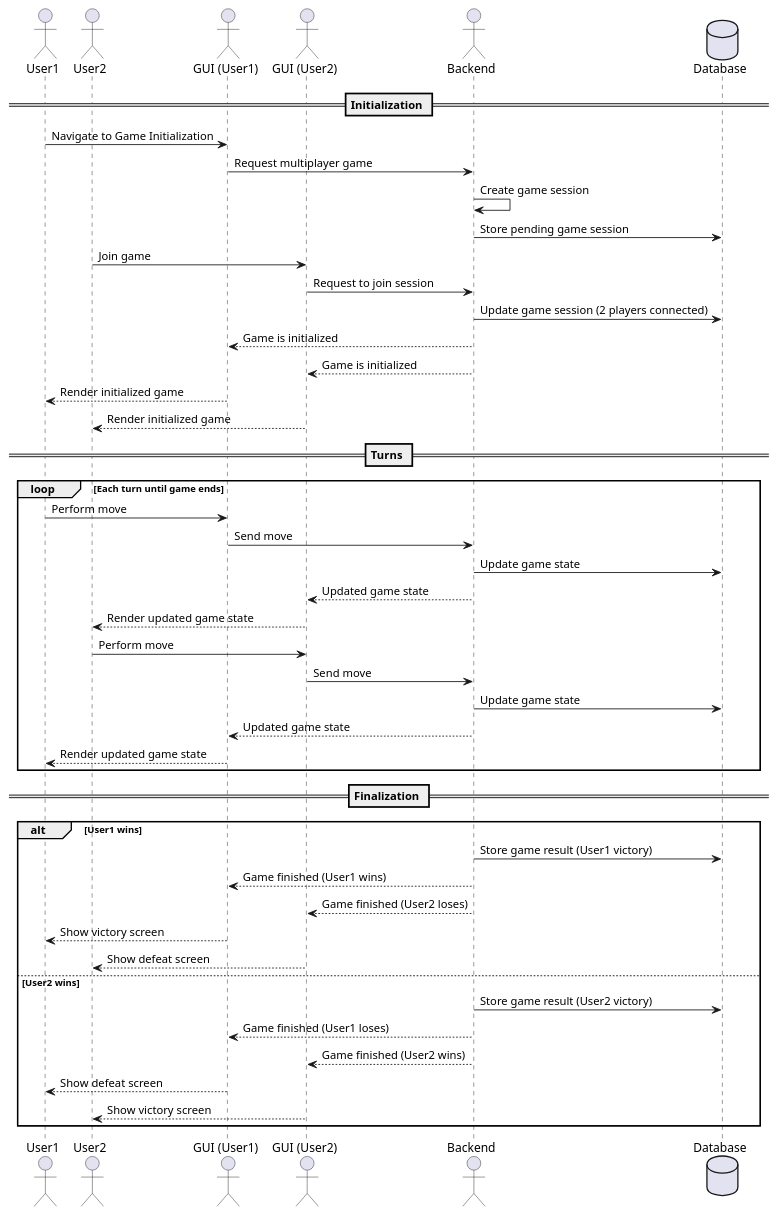
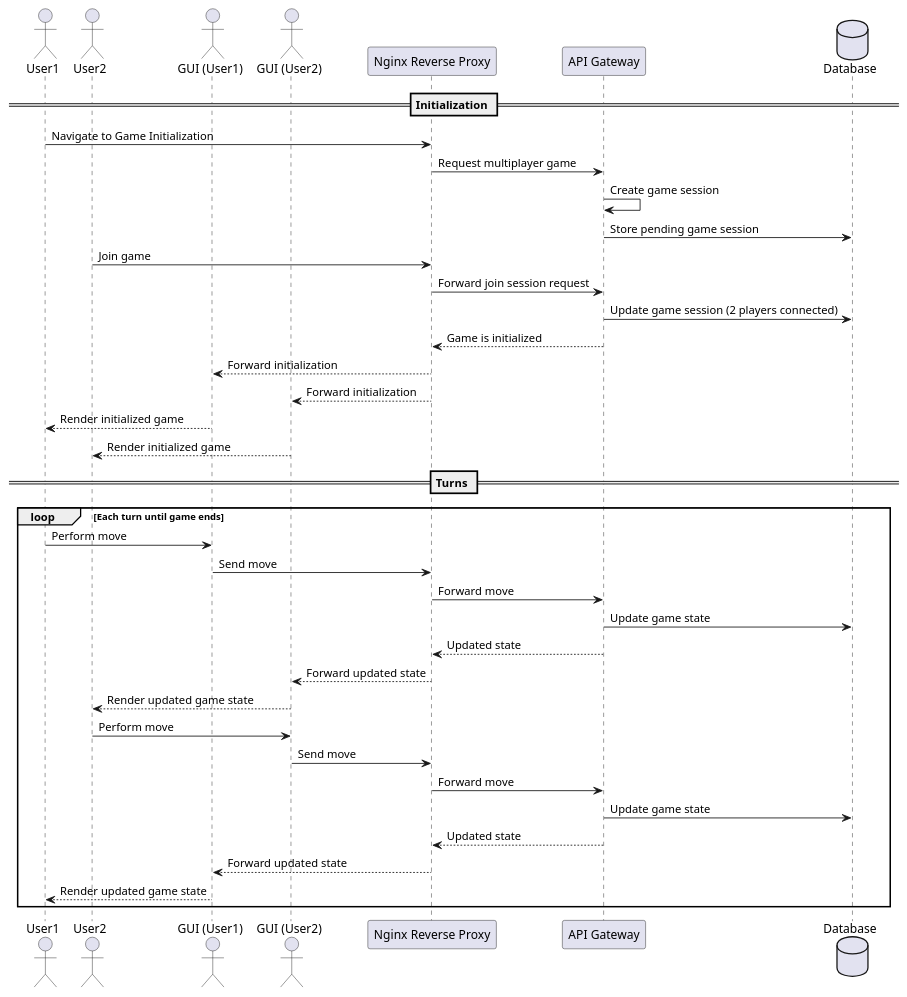
One commit to Arquisoft/yovi_en2c changed the second of 3 diagrams in docs/src/06_runtime_view.adoc. Above: the diagram before and after it, drawn with PlantUML. The commit also changed other lines of this file, not shown here.

```diff
--- a/docs/src/06_runtime_view.adoc
+++ b/docs/src/06_runtime_view.adoc
@@ -79,56 +79,47 @@
-[plantuml,"User VS User Game Diagram",png]
+[plantuml,"User VS User Game Diagram with Proxy",png]
 ----
 actor User1
 actor User2
 actor GUI1 as "GUI (User1)"
 actor GUI2 as "GUI (User2)"
-actor Backend
+participant "Nginx Reverse Proxy" as Proxy
+participant "API Gateway" as Backend
 database Database as "Database"
 
 == Initialization ==
-User1 -> GUI1: Navigate to Game Initialization
-GUI1 -> Backend: Request multiplayer game
+User1 -> Proxy: Navigate to Game Initialization
+Proxy -> Backend: Request multiplayer game
 
 Backend -> Backend: Create game session
 Backend -> Database: Store pending game session
 
-User2 -> GUI2: Join game
-GUI2 -> Backend: Request to join session
+User2 -> Proxy: Join game
+Proxy -> Backend: Forward join session request
 Backend -> Database: Update game session (2 players connected)
 
-Backend --> GUI1: Game is initialized
-Backend --> GUI2: Game is initialized
+Backend --> Proxy: Game is initialized
+Proxy --> GUI1: Forward initialization
+Proxy --> GUI2: Forward initialization
 
 GUI1 --> User1: Render initialized game
 GUI2 --> User2: Render initialized game
 
 == Turns ==
 loop Each turn until game ends
     User1 -> GUI1: Perform move
-    GUI1 -> Backend: Send move
+    GUI1 -> Proxy: Send move
+    Proxy -> Backend: Forward move
     Backend -> Database: Update game state
-    Backend --> GUI2: Updated game state
+    Backend --> Proxy: Updated state
+    Proxy --> GUI2: Forward updated state
     GUI2 --> User2: Render updated game state
 
     User2 -> GUI2: Perform move
-    GUI2 -> Backend: Send move
+    GUI2 -> Proxy: Send move
+    Proxy -> Backend: Forward move
     Backend -> Database: Update game state
-    Backend --> GUI1: Updated game state
+    Backend --> Proxy: Updated state
+    Proxy --> GUI1: Forward updated state
     GUI1 --> User1: Render updated game state
 end
-
-== Finalization ==
-alt User1 wins
-    Backend -> Database: Store game result (User1 victory)
-    Backend --> GUI1: Game finished (User1 wins)
-    Backend --> GUI2: Game finished (User2 loses)
-    GUI1 --> User1: Show victory screen
-    GUI2 --> User2: Show defeat screen
-else User2 wins
-    Backend -> Database: Store game result (User2 victory)
-    Backend --> GUI1: Game finished (User1 loses)
-    Backend --> GUI2: Game finished (User2 wins)
-    GUI1 --> User1: Show defeat screen
-    GUI2 --> User2: Show victory screen
-end
 ----
```
